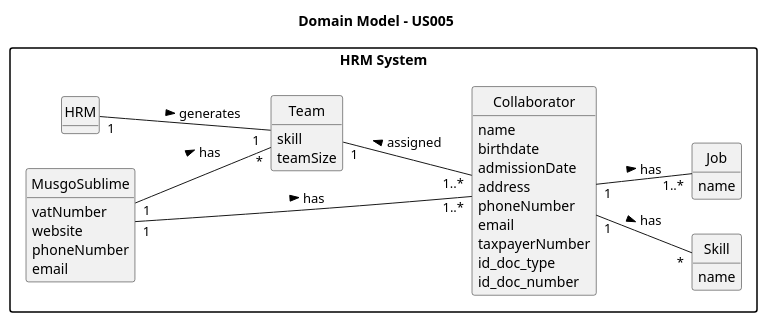
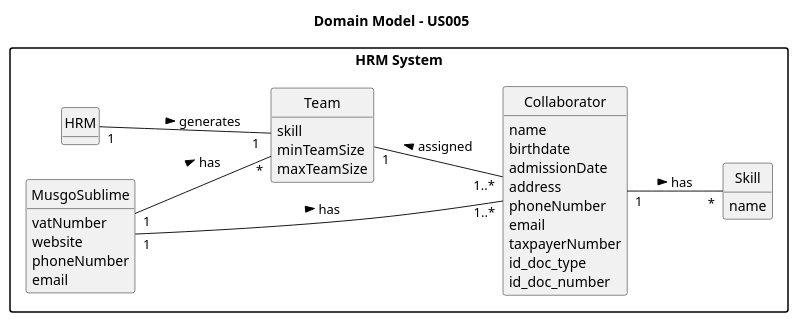
Before and after one commit to SAEmanuel/Green_Spaces_Management_ISEP: the diagram in docs/sprintA/us005/02.analysis/puml/us005-domain-model.puml, drawn with PlantUML. The commit also changed 4 other files, not shown here.

```diff
--- a/docs/sprintA/us005/02.analysis/puml/us005-domain-model.puml
+++ b/docs/sprintA/us005/02.analysis/puml/us005-domain-model.puml
@@ -1,64 +1,59 @@
 @startuml
 skinparam monochrome true
 skinparam packageStyle rectangle
 skinparam shadowing false
 
 title Domain Model - US005
 
 skinparam classAttributeIconSize 0
 
 left to right direction
 
 hide circles
 hide methods
 
 package "HRM System" {
     class HRM {
     }
 
     class Team {
         skill
-        teamSize
+        minTeamSize
+        maxTeamSize
     }
 
     class Collaborator {
             name
             birthdate
             admissionDate
             address
             phoneNumber
             email
             taxpayerNumber
             id_doc_type
             id_doc_number
 
         }
 
     class MusgoSublime {
         vatNumber
         website
         phoneNumber
         email
     }
 
     class Skill {
         name
     }
 
-    class Job {
-        name
-    }
-
 
     HRM "1  " -- "1 " Team : generates >
     MusgoSublime "1 " -- "*" Team : has >
     MusgoSublime "1 " -- "1..*" Collaborator : has >
     Team "1 " -- "1..*" Collaborator : assigned <
 
     Collaborator "1" -- "*" Skill : has >
-    Collaborator "1" -- "1..*" Job : has >
 
-'    Organization "1" -- "*" Skill : has >
-'    Organization "1" -- "1..*" Job : has >
+
 }
 @enduml
```
